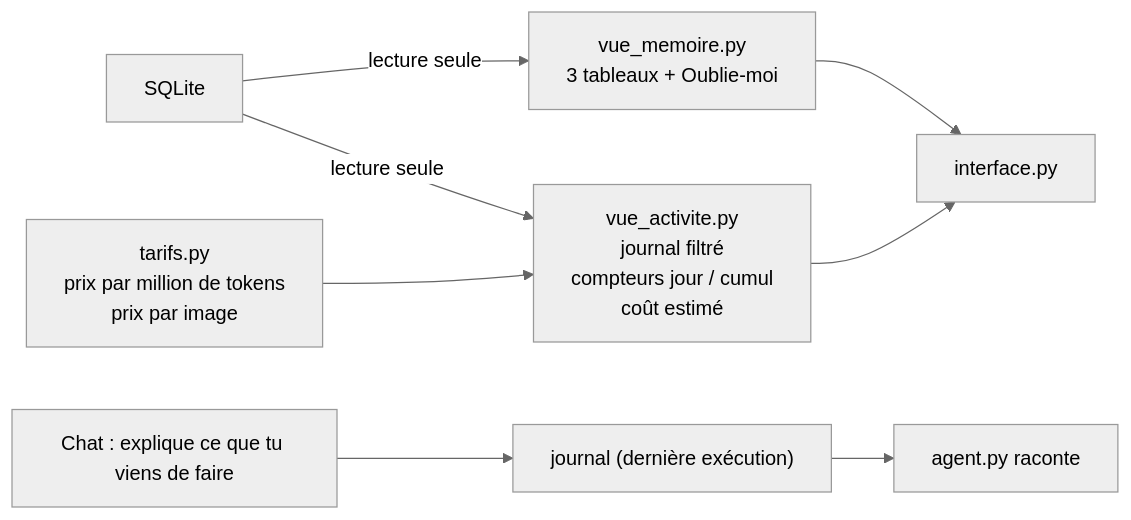
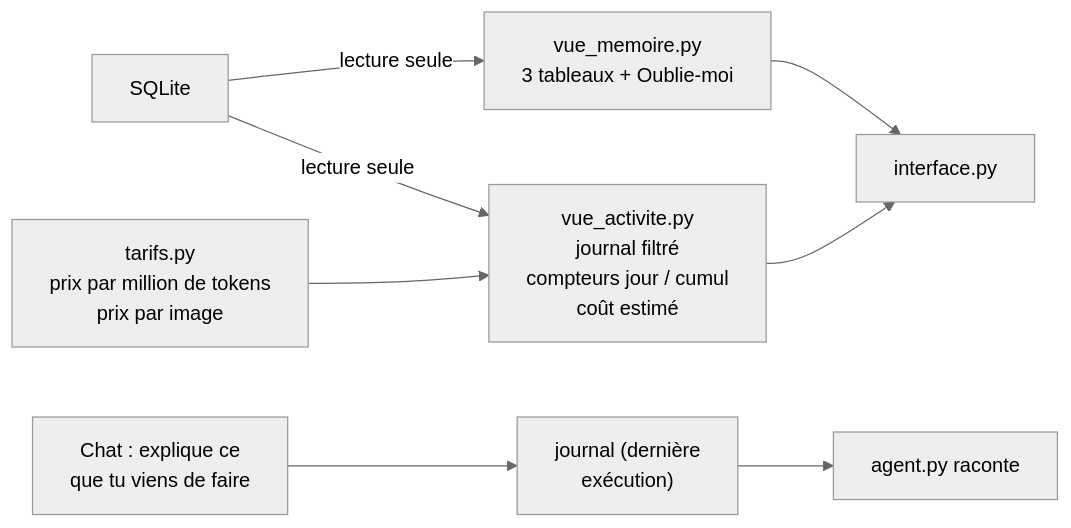
One commit to lecinquiemejour-code/goodvibe-tuto changed diagram 29 of 42 in tuto-goodvibe-vibecoding.md. Above: the diagram before and after it, drawn with Mermaid (neutral theme). The commit also changed other lines of this file and 1 other file, not shown here.

First line of the commit message:
fix(tuto, readme): lignes des boîtes redécoupées dans tous les diagrammes, pour ne plus être coupées sur GitHub

````diff
--- a/tuto-goodvibe-vibecoding.md
+++ b/tuto-goodvibe-vibecoding.md
@@ -1353,8 +1353,8 @@
 ```mermaid
 flowchart LR
     DB["SQLite"] -- lecture seule --> VM["vue_memoire.py<br/>3 tableaux + Oublie-moi"]
     DB -- lecture seule --> VA["vue_activite.py<br/>journal filtré<br/>compteurs jour / cumul<br/>coût estimé"]
     TAR["tarifs.py<br/>prix par million de tokens<br/>prix par image"] --> VA
     VM & VA --> G["interface.py"]
-    CH["Chat : explique ce que tu viens de faire"] --> JR["journal (dernière exécution)"] --> AG["agent.py raconte"]
+    CH["Chat : explique ce<br/>que tu viens de faire"] --> JR["journal (dernière<br/>exécution)"] --> AG["agent.py raconte"]
 ```
````
